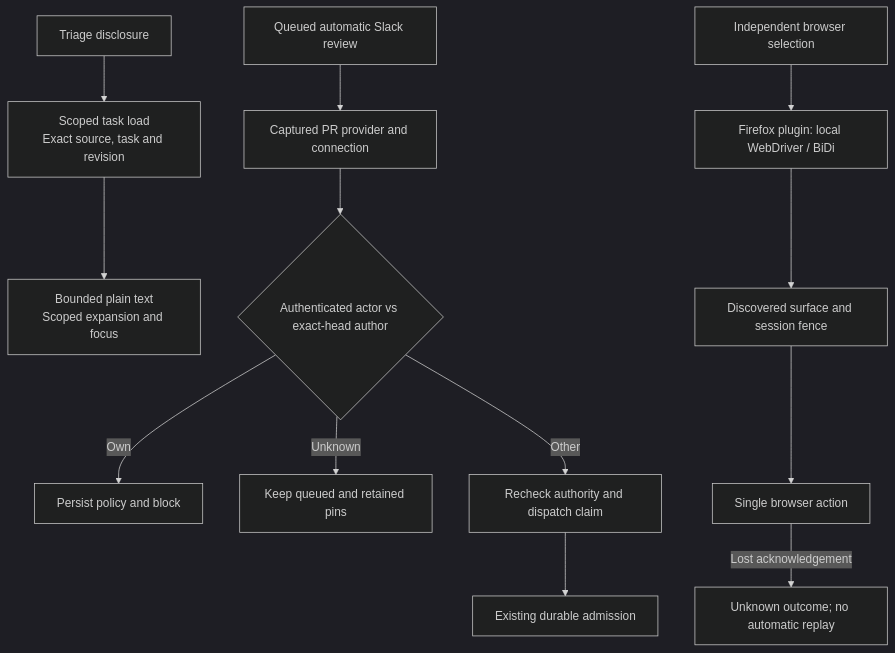
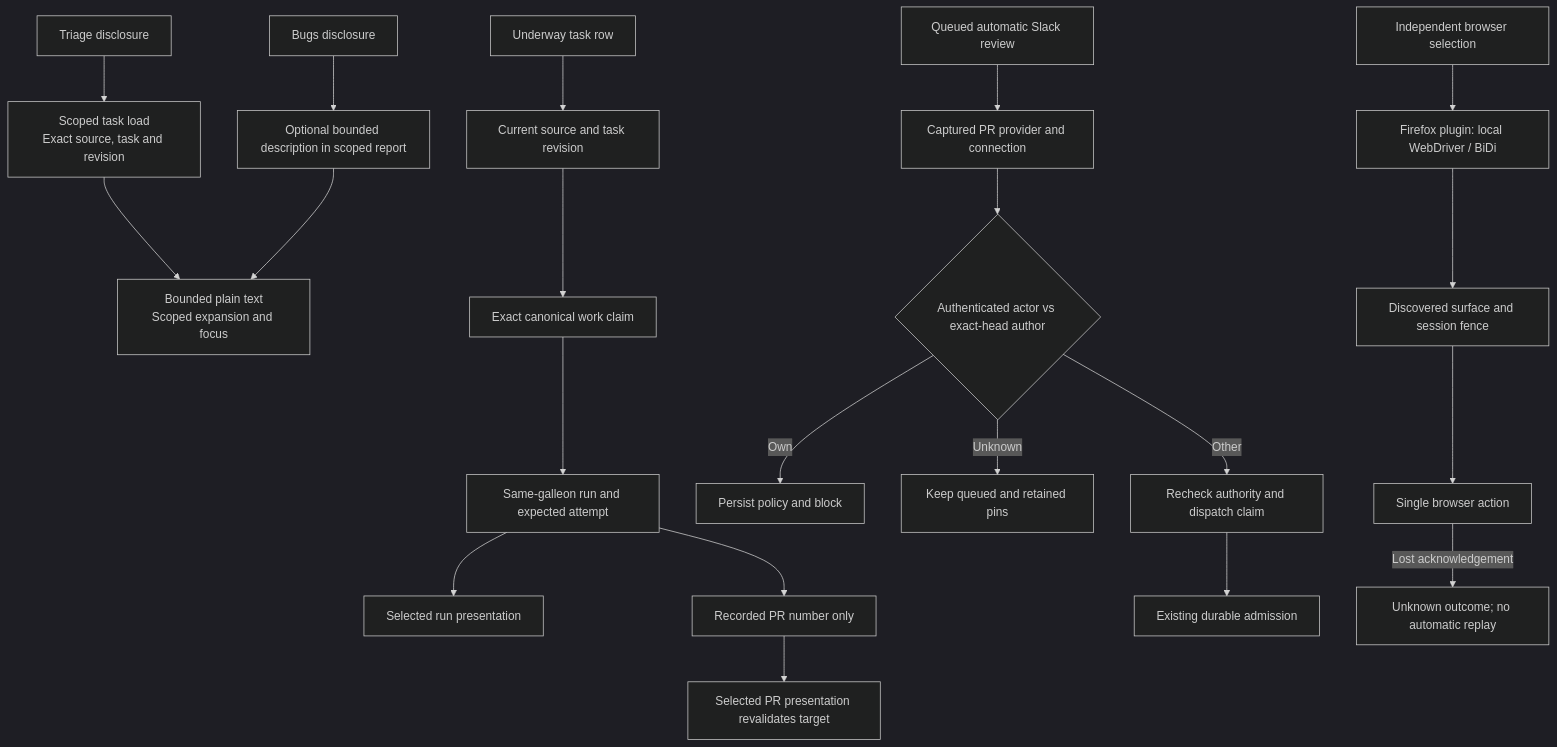
The first of 26 diagrams in docs/helmsman-process.md (nloehlein-godaddy/helmsman), drawn with Mermaid (dark theme) before and after one commit. The commit also changed other lines of this file and 27 other files, not shown here.

Commit message:
feat: complete presentation and context acceptance

````diff
--- a/docs/helmsman-process.md
+++ b/docs/helmsman-process.md
@@ -11,15 +11,23 @@
 ```mermaid
 flowchart TD
     Row[Triage disclosure] --> Load[Scoped task load<br/>Exact source, task and revision]
     Load --> Text[Bounded plain text<br/>Scoped expansion and focus]
+    Bugs[Bugs disclosure] --> Report[Optional bounded description in scoped report]
+    Report --> Text
+    Underway[Underway task row] --> Context[Current source and task revision]
+    Context --> Claim[Exact canonical work claim]
+    Claim --> Run[Same-galleon run and expected attempt]
+    Run --> Navigate[Selected run presentation]
+    Run --> PR[Recorded PR number only]
+    PR --> Inspect[Selected PR presentation revalidates target]
     Slack[Queued automatic Slack review] --> Capture[Captured PR provider and connection]
     Capture --> Owner{Authenticated actor vs exact-head author}
     Owner -->|Own| Block[Persist policy and block]
     Owner -->|Unknown| Queue[Keep queued and retained pins]
     Owner -->|Other| Guard[Recheck authority and dispatch claim]
     Guard --> Admit[Existing durable admission]
     Browser[Independent browser selection] --> Firefox[Firefox plugin: local WebDriver / BiDi]
     Firefox --> Fence[Discovered surface and session fence]
     Fence --> Action[Single browser action]
     Action -->|Lost acknowledgement| Recovery[Unknown outcome; no automatic replay]
 ```
````
